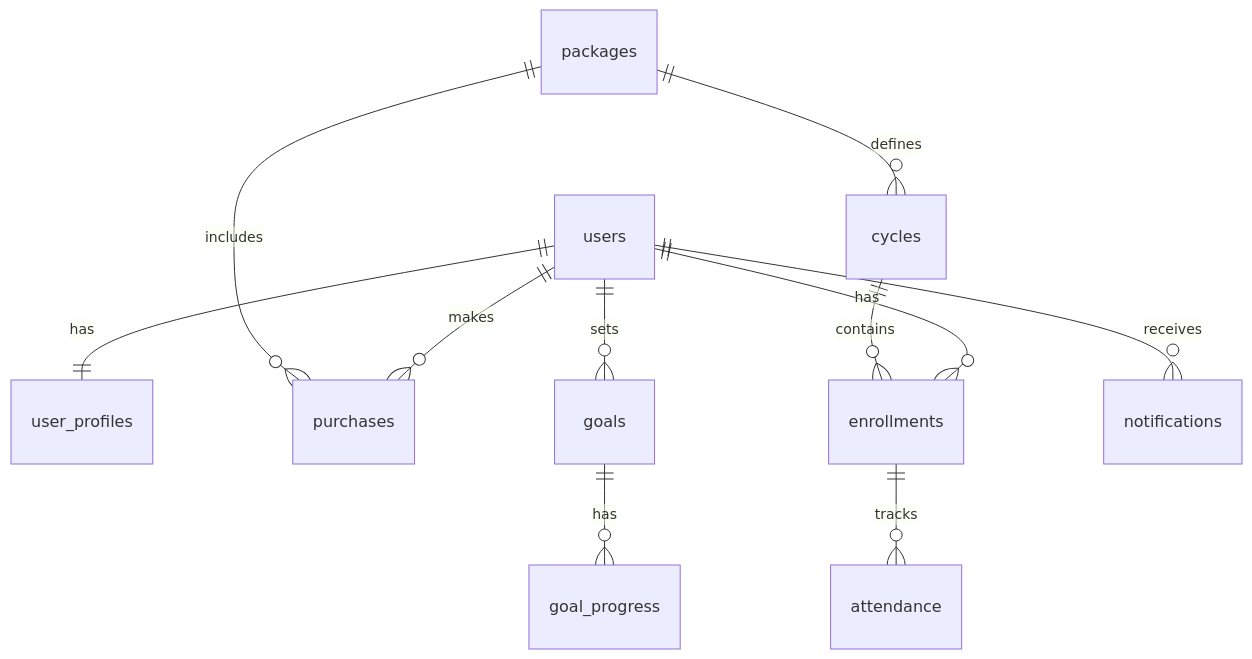
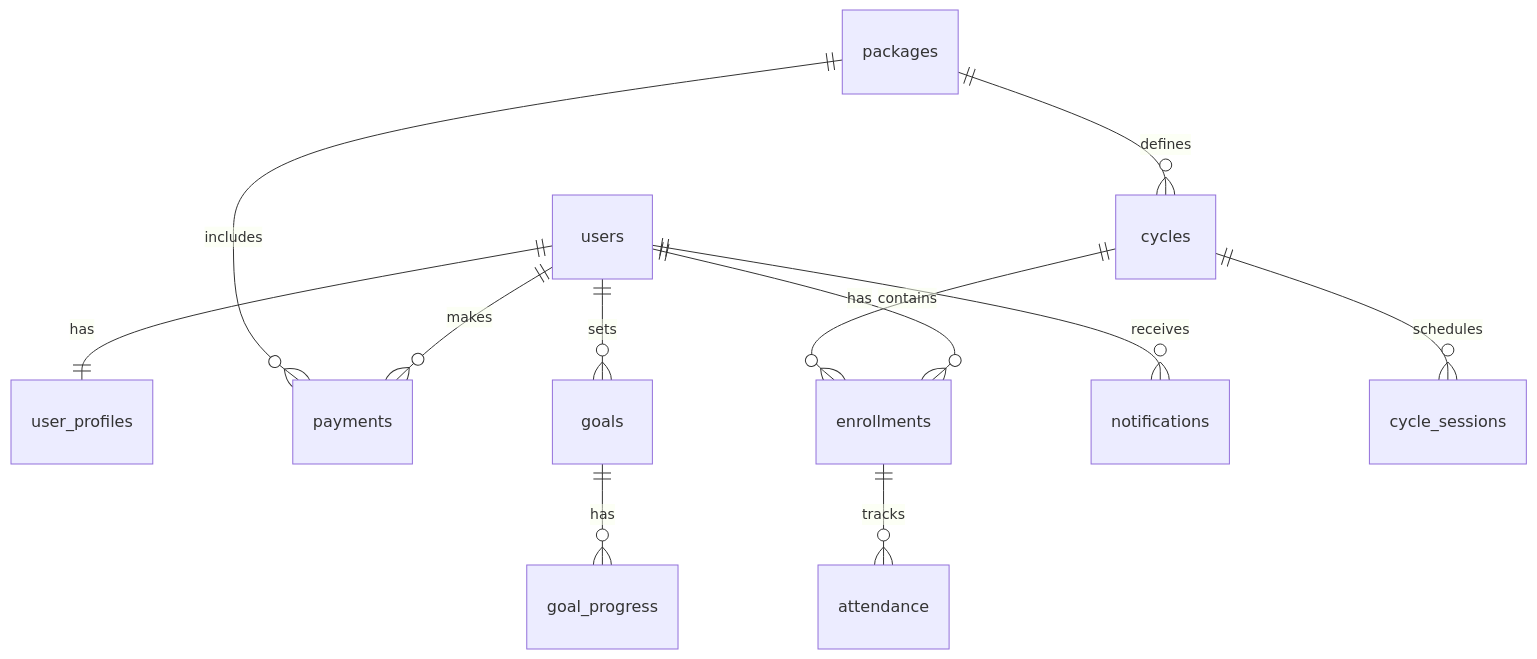
The diagram in database-schema.md (TheSortty/Home-Experience), drawn with Mermaid before and after one commit. The commit also changed other lines of this file and 8 other files, not shown here.

````diff
--- a/database-schema.md
+++ b/database-schema.md
@@ -130,13 +142,14 @@
 ```mermaid
 erDiagram
     users ||--|| user_profiles : has
-    users ||--o{ purchases : makes
+    users ||--o{ payments : makes
     users ||--o{ enrollments : has
     users ||--o{ goals : sets
     users ||--o{ notifications : receives
-    packages ||--o{ purchases : includes
+    packages ||--o{ payments : includes
     packages ||--o{ cycles : defines
     cycles ||--o{ enrollments : contains
+    cycles ||--o{ cycle_sessions : schedules
     enrollments ||--o{ attendance : tracks
     goals ||--o{ goal_progress : has
 ```
````
